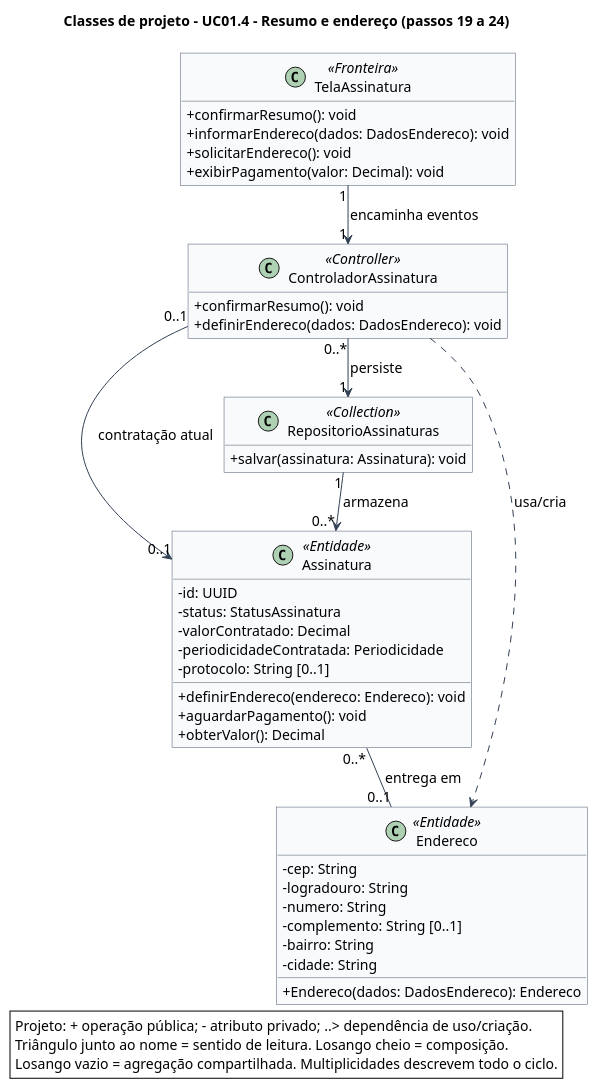
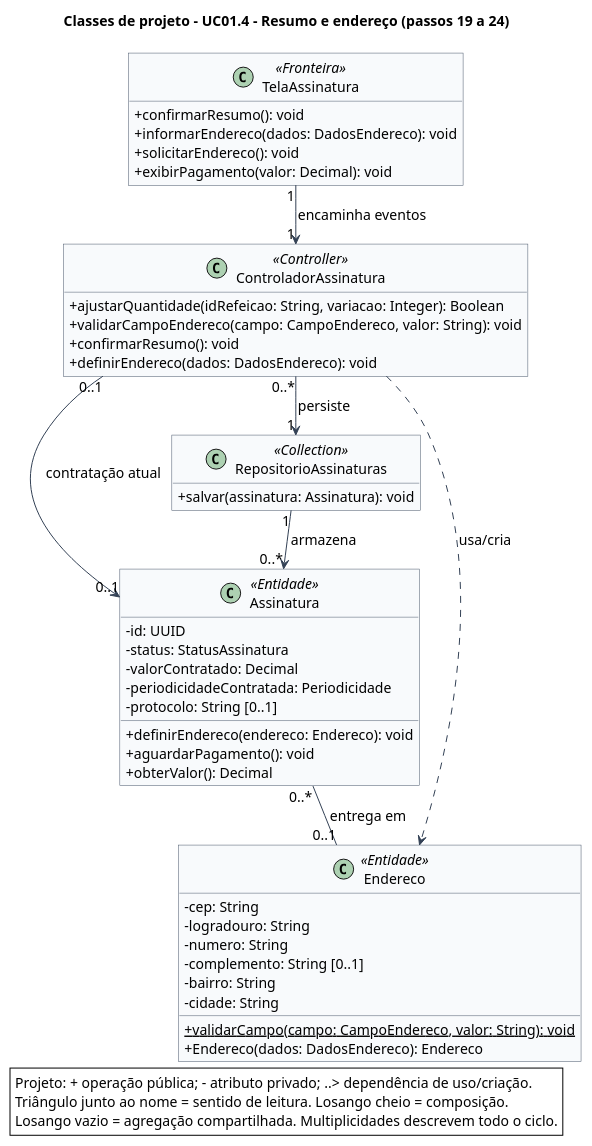
Diagram 12 of 19 in entrega4/docs/uml/Modelos.md (Felipevhonorato/ProjSoft-Entrega1---Prot-tipo-Sequencia-de-telas-e-Lista-de-classes-candidatas-Identificadas), drawn with PlantUML before and after one commit. The commit also changed other lines of this file, not shown here.

Commit message:
Sincroniza as fontes UML dos refinamentos de seleção e endereço

````diff
--- a/entrega4/docs/uml/Modelos.md
+++ b/entrega4/docs/uml/Modelos.md
@@ -917,71 +927,74 @@
 ```plantuml
 @startuml
 !pragma layout smetana
 skinparam backgroundColor #FFFFFF
 skinparam defaultFontName Arial
 skinparam defaultFontSize 14
 skinparam shadowing false
 skinparam roundcorner 0
 skinparam ArrowColor #334155
 skinparam sequenceMessageAlign left
 skinparam sequenceParticipant underline
 skinparam maxMessageSize 260
 skinparam ParticipantPadding 18
 skinparam BoxPadding 12
 skinparam classAttributeIconSize 0
 skinparam classBackgroundColor #F8FAFC
 skinparam classBorderColor #475569
 skinparam sequenceLifeLineBorderColor #94A3B8
 skinparam sequenceParticipantBackgroundColor #EFF6FF
 skinparam sequenceGroupBackgroundColor #F8FAFC
 hide footbox
 
 title Classes de projeto - UC01.4 - Resumo e endereço (passos 19 a 24)
 hide empty members
 skinparam nodesep 65
 skinparam ranksep 90
 class Assinatura <<Entidade>> {
 -id: UUID
 -status: StatusAssinatura
 -valorContratado: Decimal
 -periodicidadeContratada: Periodicidade
 -protocolo: String [0..1]
 +definirEndereco(endereco: Endereco): void
 +aguardarPagamento(): void
 +obterValor(): Decimal
 }
 class Endereco <<Entidade>> {
++{static} validarCampo(campo: CampoEndereco, valor: String): void
 -cep: String
 -logradouro: String
 -numero: String
 -complemento: String [0..1]
 -bairro: String
 -cidade: String
 +Endereco(dados: DadosEndereco): Endereco
 }
 class TelaAssinatura <<Fronteira>> {
 +confirmarResumo(): void
 +informarEndereco(dados: DadosEndereco): void
 +solicitarEndereco(): void
 +exibirPagamento(valor: Decimal): void
 }
 class ControladorAssinatura <<Controller>> {
++ajustarQuantidade(idRefeicao: String, variacao: Integer): Boolean
++validarCampoEndereco(campo: CampoEndereco, valor: String): void
 +confirmarResumo(): void
 +definirEndereco(dados: DadosEndereco): void
 }
 class RepositorioAssinaturas <<Collection>> {
 +salvar(assinatura: Assinatura): void
 }
 Assinatura "0..*" -- "0..1" Endereco : entrega em >
 TelaAssinatura "1" --> "1" ControladorAssinatura : encaminha eventos >
 ControladorAssinatura "0..1" --> "0..1" Assinatura : contratação atual >
 ControladorAssinatura "0..*" --> "1" RepositorioAssinaturas : persiste >
 RepositorioAssinaturas "1" --> "0..*" Assinatura : armazena >
 ControladorAssinatura ..> Endereco : usa/cria
 legend bottom left
 Projeto: + operação pública; - atributo privado; ..> dependência de uso/criação.
 Triângulo junto ao nome = sentido de leitura. Losango cheio = composição.
 Losango vazio = agregação compartilhada. Multiplicidades descrevem todo o ciclo.
 endlegend
 @enduml
 ```
````
